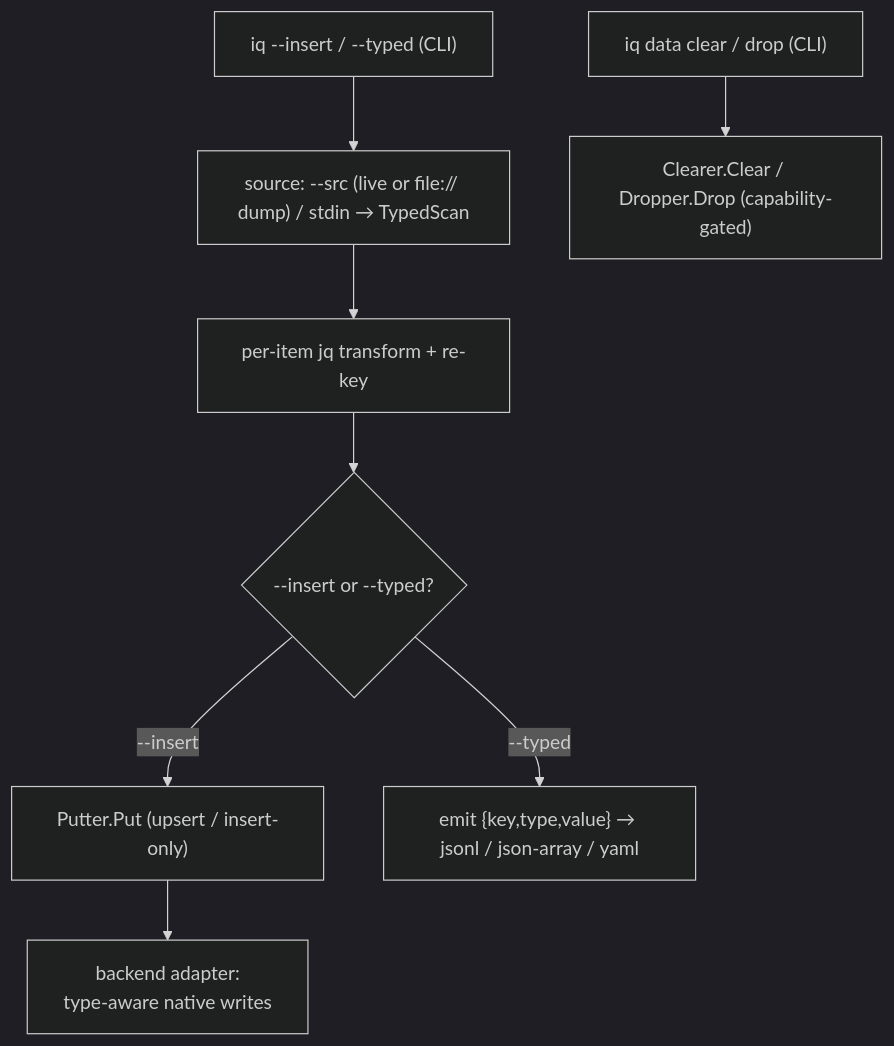
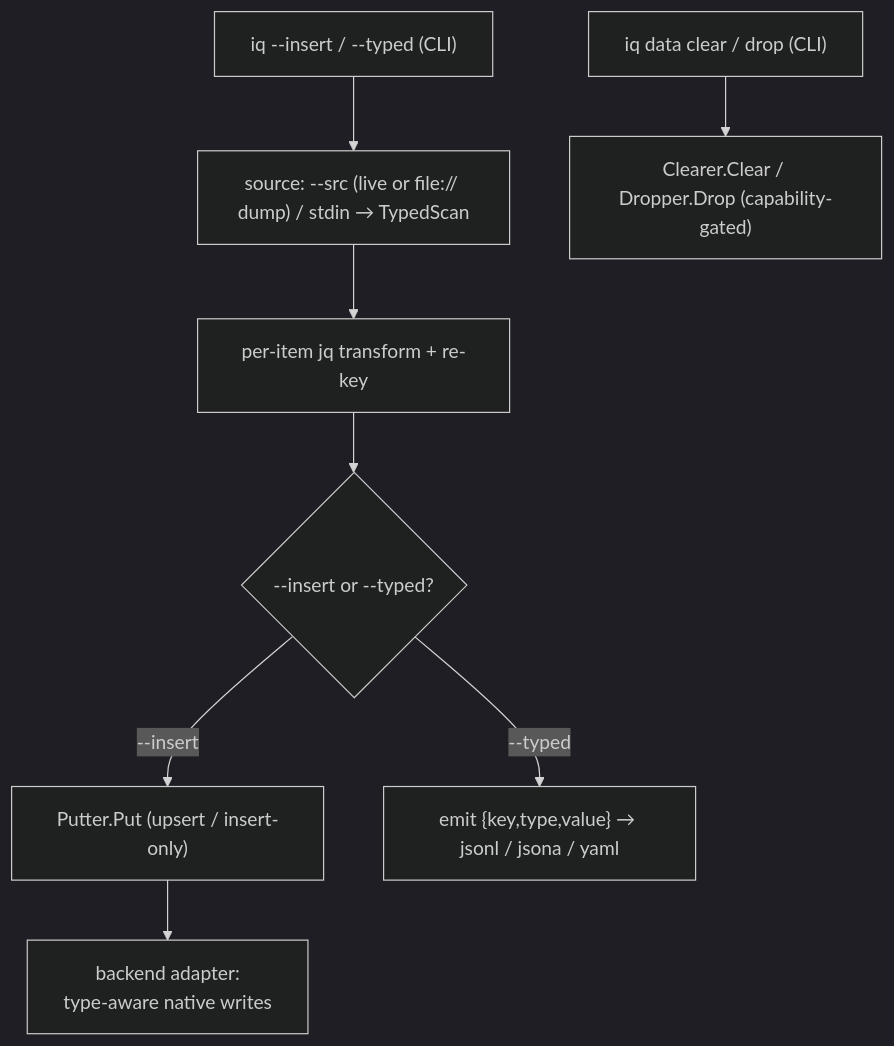
Before and after one commit to zsltg/iq: the second of 2 diagrams in README.md, drawn with Mermaid (dark theme). The commit also changed other lines of this file and 24 other files, not shown here.

````diff
--- a/README.md
+++ b/README.md
@@ -729,10 +748,10 @@
 ```mermaid
 graph TD
   MV["iq --insert / --typed (CLI)"] --> MSRC["source: --src (live or file:// dump) / stdin → TypedScan"]
   MSRC --> TX["per-item jq transform + re-key"]
   TX --> DST{"--insert or --typed?"}
   DST -->|--insert| PUT["Putter.Put (upsert / insert-only)"]
-  DST -->|--typed| ENC["emit {key,type,value} → jsonl / json-array / yaml"]
+  DST -->|--typed| ENC["emit {key,type,value} → jsonl / jsona / yaml"]
   PUT --> BW["backend adapter:<br/>type-aware native writes"]
   LF["iq data clear / drop (CLI)"] --> CAP["Clearer.Clear / Dropper.Drop (capability-gated)"]
 ```
````
